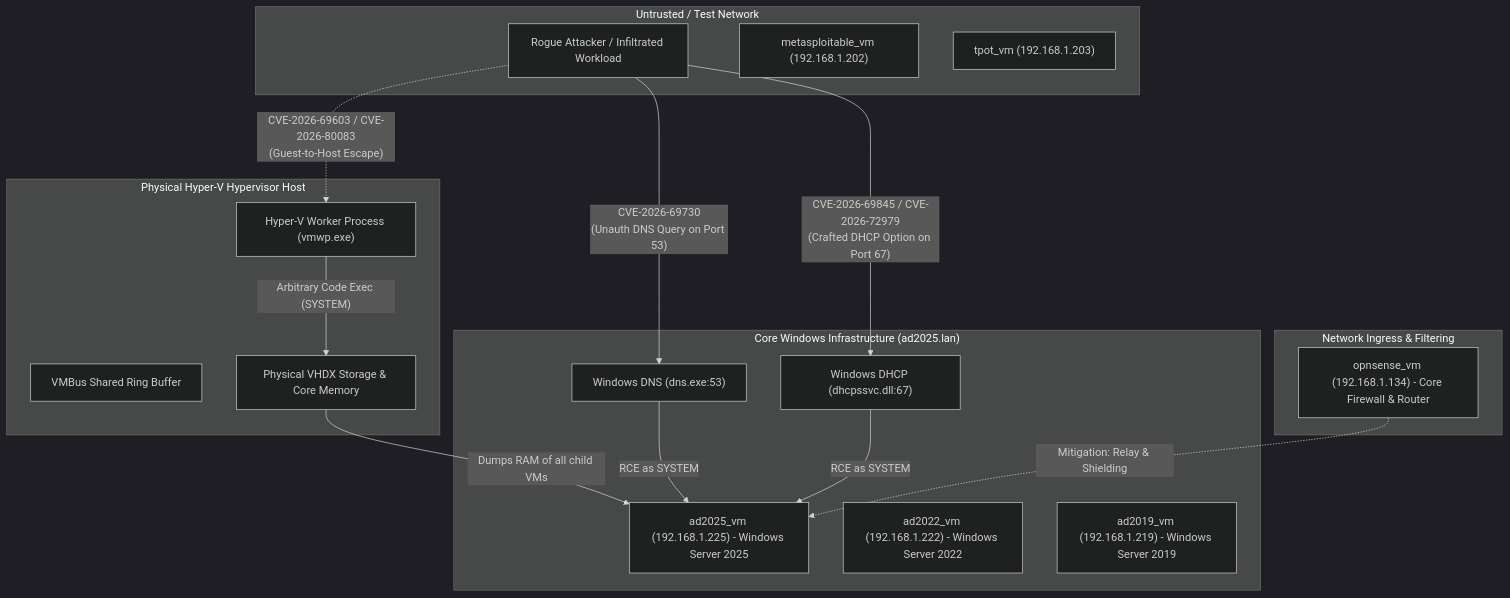
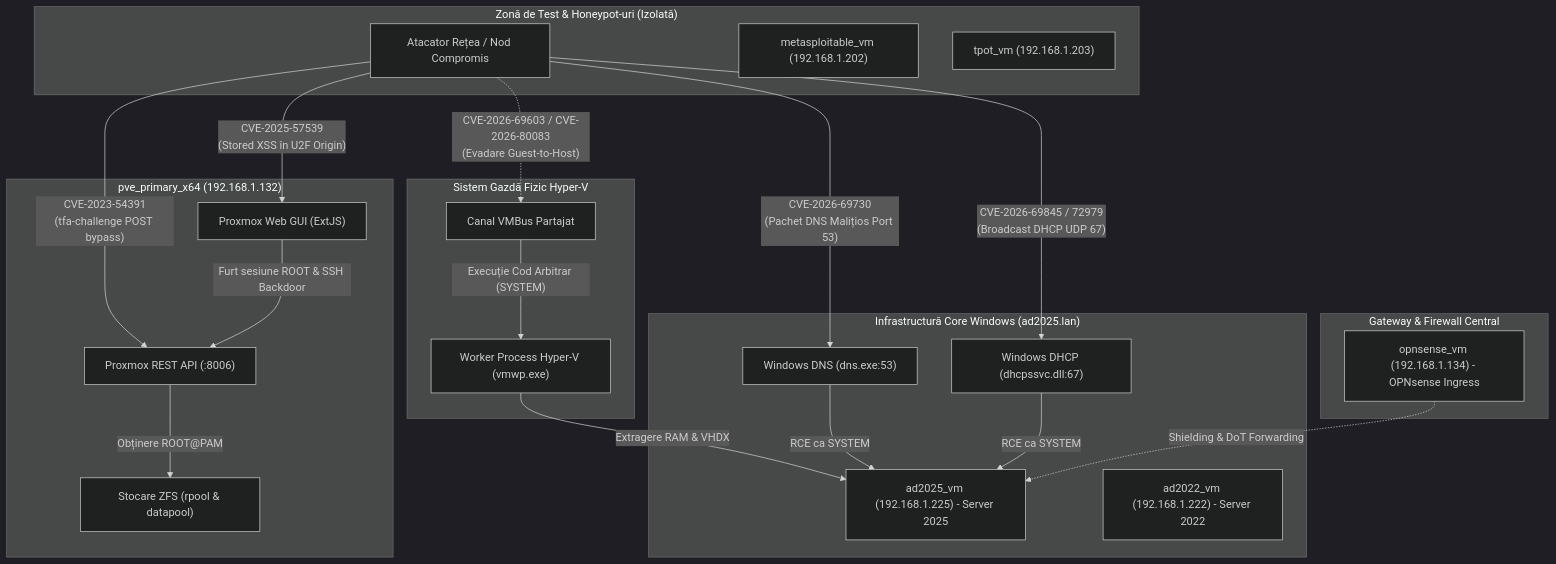
One commit to stefanutc1/infrastructure changed the diagram in cyber/cve/README.md. Above: the diagram before and after it, drawn with Mermaid (dark theme). The commit also changed other lines of this file and 14 other files, not shown here.

Commit message:
feat(cyber): add CVE-2023-54391 & CVE-2025-57539 Proxmox dossiers, fix.md playbooks for all CVEs, and web UI integration

````diff
--- a/cyber/cve/README.md
+++ b/cyber/cve/README.md
@@ -25,39 +25,49 @@
 ```mermaid
 graph TD
-  subgraph Untrusted_or_Compromised_Zone["Untrusted / Test Network"]
-    Attacker["Rogue Attacker / Infiltrated Workload"]
+  subgraph Untrusted_or_Compromised_Zone["Zonă de Test & Honeypot-uri (Izolată)"]
+    Attacker["Atacator Rețea / Nod Compromis"]
     Metasploitable["metasploitable_vm (192.168.1.202)"]
     TPot["tpot_vm (192.168.1.203)"]
   end
 
-  subgraph HyperV_Host_Layer["Physical Hyper-V Hypervisor Host"]
-    VMBus["VMBus Shared Ring Buffer"]
-    VMWP["Hyper-V Worker Process (vmwp.exe)"]
-    HostDisks["Physical VHDX Storage & Core Memory"]
+  subgraph Proxmox_Hypervisor_Layer["pve_primary_x64 (192.168.1.132)"]
+    PVE_API["Proxmox REST API (:8006)"]
+    PVE_GUI["Proxmox Web GUI (ExtJS)"]
+    ZFS_Pools["Stocare ZFS (rpool & datapool)"]
   end
 
-  subgraph Active_Directory_Domain_Controllers["Core Windows Infrastructure (ad2025.lan)"]
-    AD2025["ad2025_vm (192.168.1.225) - Windows Server 2025"]
-    AD2022["ad2022_vm (192.168.1.222) - Windows Server 2022"]
-    AD2019["ad2019_vm (192.168.1.219) - Windows Server 2019"]
+  subgraph HyperV_Host_Layer["Sistem Gazdă Fizic Hyper-V"]
+    VMBus["Canal VMBus Partajat"]
+    VMWP["Worker Process Hyper-V (vmwp.exe)"]
+  end
+
+  subgraph Active_Directory_Domain_Controllers["Infrastructură Core Windows (ad2025.lan)"]
+    AD2025["ad2025_vm (192.168.1.225) - Server 2025"]
+    AD2022["ad2022_vm (192.168.1.222) - Server 2022"]
     DNS_Svc["Windows DNS (dns.exe:53)"]
     DHCP_Svc["Windows DHCP (dhcpssvc.dll:67)"]
   end
 
-  subgraph Network_Gateway["Network Ingress & Filtering"]
-    OPNsense["opnsense_vm (192.168.1.134) - Core Firewall & Router"]
+  subgraph Ingress_Layer["Gateway & Firewall Central"]
+    OPNsense["opnsense_vm (192.168.1.134) - OPNsense Ingress"]
   end
 
   %% Attack vectors
-  Attacker -.->|"CVE-2026-69603 / CVE-2026-80083<br/>(Guest-to-Host Escape)"| VMWP
-  VMWP -->|"Arbitrary Code Exec (SYSTEM)"| HostDisks
-  HostDisks -->|"Dumps RAM of all child VMs"| AD2025
+  Attacker -->|"CVE-2023-54391<br/>(tfa-challenge POST bypass)"| PVE_API
+  PVE_API -->|"Obținere ROOT@PAM"| ZFS_Pools
 
-  Attacker -->|"CVE-2026-69730<br/>(Unauth DNS Query on Port 53)"| DNS_Svc
-  DNS_Svc -->|"RCE as SYSTEM"| AD2025
+  Attacker -->|"CVE-2025-57539<br/>(Stored XSS în U2F Origin)"| PVE_GUI
+  PVE_GUI -->|"Furt sesiune ROOT & SSH Backdoor"| PVE_API
 
-  Attacker -->|"CVE-2026-69845 / CVE-2026-72979<br/>(Crafted DHCP Option on Port 67)"| DHCP_Svc
-  DHCP_Svc -->|"RCE as SYSTEM"| AD2025
+  Attacker -.->|"CVE-2026-69603 / CVE-2026-80083<br/>(Evadare Guest-to-Host)"| VMBus
+  VMBus -->|"Execuție Cod Arbitrar (SYSTEM)"| VMWP
+  VMWP -->|"Extragere RAM & VHDX"| AD2025
 
-  OPNsense -.->|"Mitigation: Relay & Shielding"| AD2025
+  Attacker -->|"CVE-2026-69730<br/>(Pachet DNS Malițios Port 53)"| DNS_Svc
+  DNS_Svc -->|"RCE ca SYSTEM"| AD2025
+
+  Attacker -->|"CVE-2026-69845 / 72979<br/>(Broadcast DHCP UDP 67)"| DHCP_Svc
+  DHCP_Svc -->|"RCE ca SYSTEM"| AD2025
+
+  OPNsense -.->|"Shielding & DoT Forwarding"| AD2025
 ```
````
